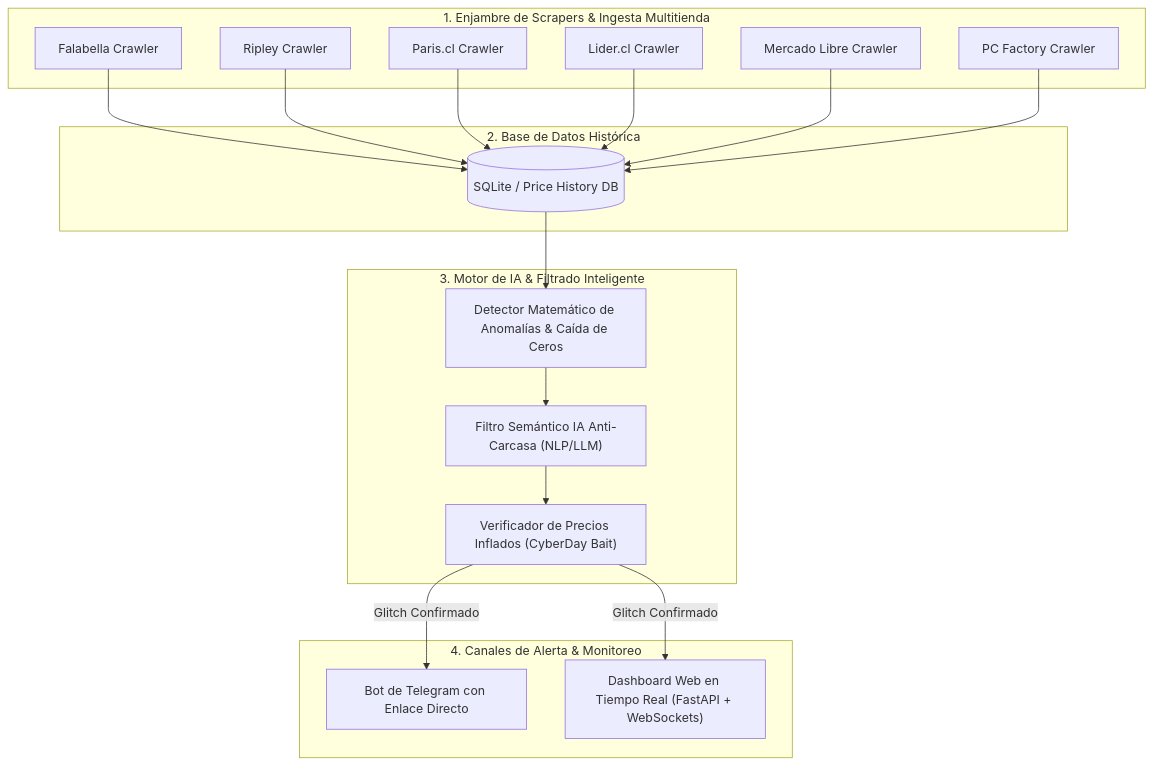
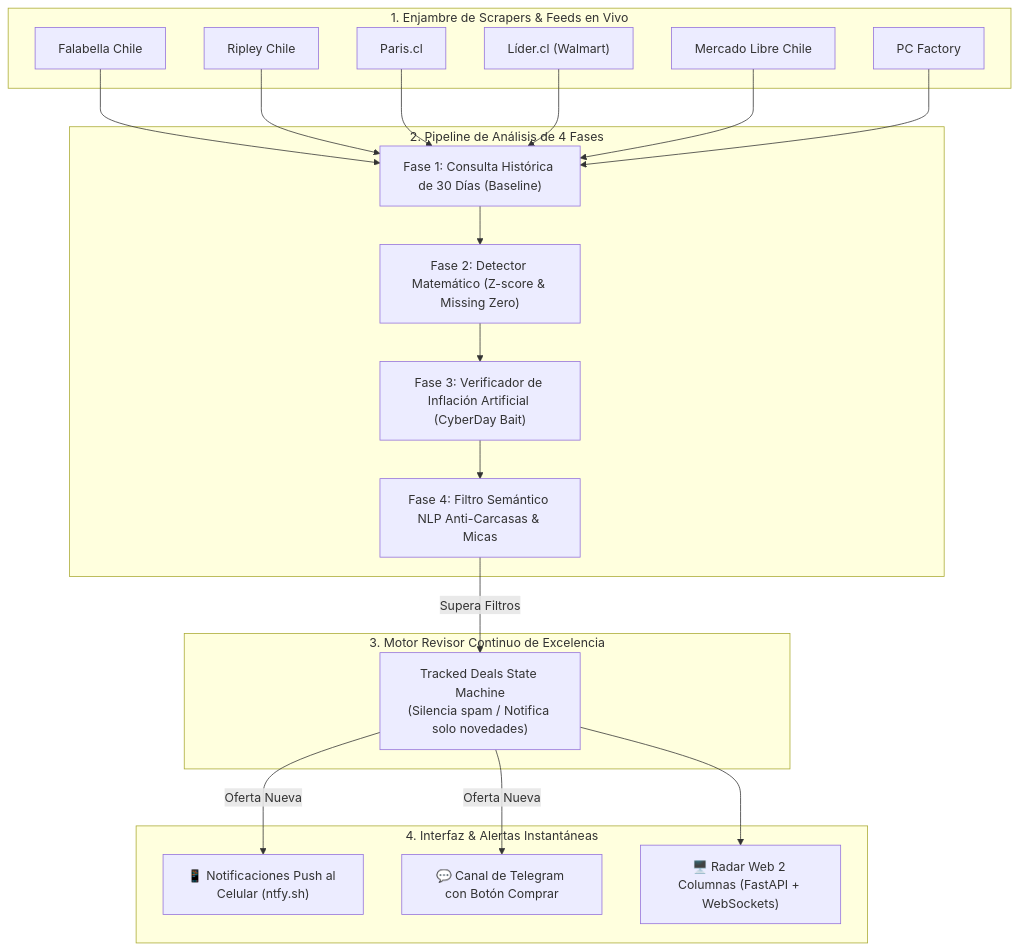
Before and after one commit to Pacortes2021/GlitchHunter_AI: the diagram in glitchhunter_ai/README.md, drawn with Mermaid. The commit also changed other lines of this file and 20 other files, not shown here.

````diff
--- a/glitchhunter_ai/README.md
+++ b/glitchhunter_ai/README.md
@@ -9,30 +24,34 @@
 ```mermaid
 flowchart TD
-    subgraph Ingesta [1. Enjambre de Scrapers & Ingesta Multitienda]
-        S1["Falabella Crawler"]
-        S2["Ripley Crawler"]
-        S3["Paris.cl Crawler"]
-        S4["Lider.cl Crawler"]
-        S5["Mercado Libre Crawler"]
-        S6["PC Factory Crawler"]
+    subgraph Ingesta [1. Enjambre de Scrapers & Feeds en Vivo]
+        S1["Falabella Chile"]
+        S2["Ripley Chile"]
+        S3["Paris.cl"]
+        S4["Líder.cl (Walmart)"]
+        S5["Mercado Libre Chile"]
+        S6["PC Factory"]
     end
 
-    subgraph Almacenamiento [2. Base de Datos Histórica]
-        DB[("SQLite / Price History DB")]
+    subgraph Deteccion [2. Pipeline de Análisis de 4 Fases]
+        F1["Fase 1: Consulta Histórica de 30 Días (Baseline)"]
+        F2["Fase 2: Detector Matemático (Z-score & Missing Zero)"]
+        F3["Fase 3: Verificador de Inflación Artificial (CyberDay Bait)"]
+        F4["Fase 4: Filtro Semántico NLP Anti-Carcasas & Micas"]
     end
 
-    subgraph Deteccion [3. Motor de IA & Filtrado Inteligente]
-        M1["Detector Matemático de Anomalías & Caída de Ceros"]
-        M2["Filtro Semántico IA Anti-Carcasa (NLP/LLM)"]
-        M3["Verificador de Precios Inflados (CyberDay Bait)"]
+    subgraph Deduplicacion [3. Motor Revisor Continuo de Excelencia]
+        RC["Tracked Deals State Machine<br/>(Silencia spam / Notifica solo novedades)"]
     end
 
-    subgraph Notificacion [4. Canales de Alerta & Monitoreo]
-        N1["Bot de Telegram con Enlace Directo"]
-        N2["Dashboard Web en Tiempo Real (FastAPI + WebSockets)"]
+    subgraph Canales [4. Interfaz & Alertas Instantáneas]
+        A1["📱 Notificaciones Push al Celular (ntfy.sh)"]
+        A2["💬 Canal de Telegram con Botón Comprar"]
+        A3["🖥️ Radar Web 2 Columnas (FastAPI + WebSockets)"]
     end
 
-    S1 & S2 & S3 & S4 & S5 & S6 --> DB
-    DB --> M1 --> M2 --> M3
-    M3 -->|Glitch Confirmado| N1 & N2
+    S1 & S2 & S3 & S4 & S5 & S6 --> F1
+    F1 --> F2 --> F3 --> F4
+    F4 -->|Supera Filtros| RC
+    RC -->|Oferta Nueva| A1 & A2
+    RC --> A3
 ```
````
